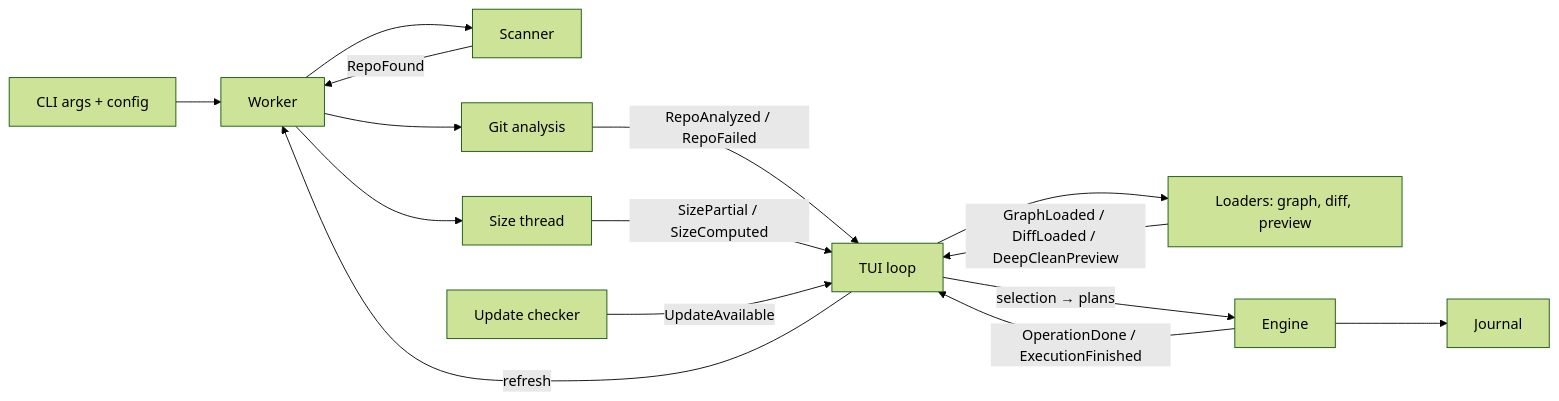
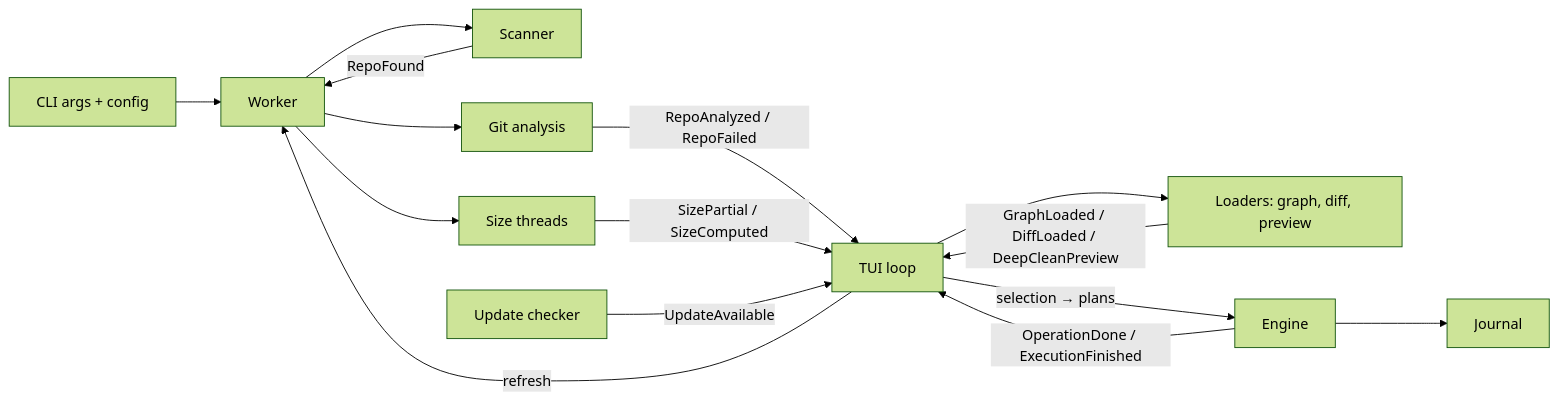
Before and after one commit to AymericChaverot/sloth: the diagram in docs/ARCHITECTURE.md, drawn with Mermaid (forest theme). The commit also changed other lines of this file and 1 other file, not shown here.

Commit message:
docs: drop emoji and gix, document the faster size measurement and permanent keys

````diff
--- a/docs/ARCHITECTURE.md
+++ b/docs/ARCHITECTURE.md
@@ -11,17 +11,17 @@
 ```mermaid
 graph LR
     A[CLI args + config] --> W[Worker]
     W --> S[Scanner]
     S -->|RepoFound| W
     W --> G[Git analysis]
     G -->|RepoAnalyzed / RepoFailed| UI[TUI loop]
-    W --> Z[Size thread]
+    W --> Z[Size threads]
     Z -->|SizePartial / SizeComputed| UI
     UI --> L[Loaders: graph, diff, preview]
     L -->|GraphLoaded / DiffLoaded / DeepCleanPreview| UI
     UI -->|selection → plans| E[Engine]
     E -->|OperationDone / ExecutionFinished| UI
     E --> J[Journal]
     UI -->|refresh| W
     U[Update checker] -->|UpdateAvailable| UI
 ```
````
